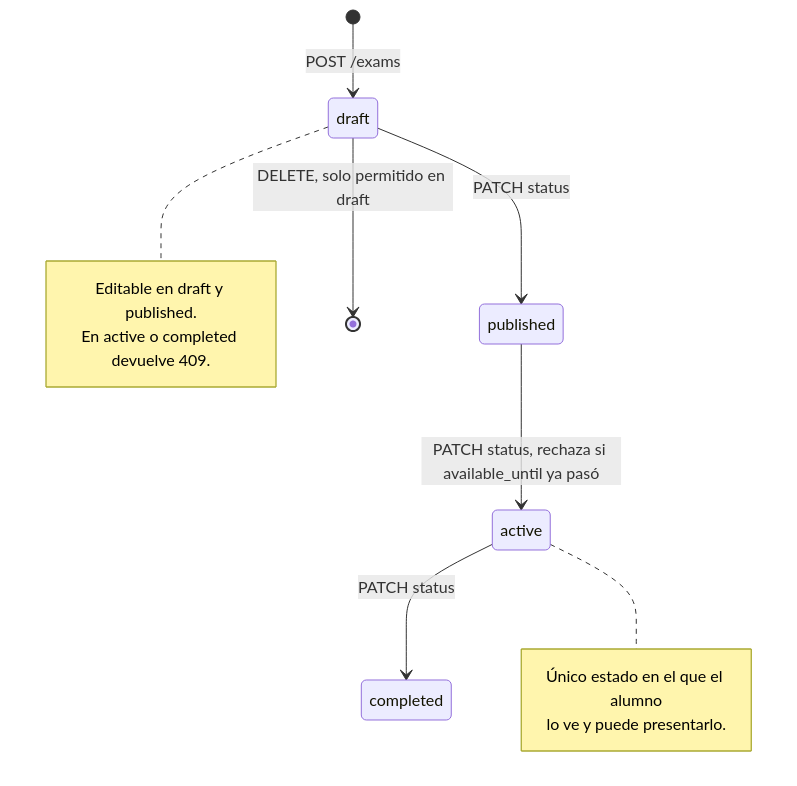
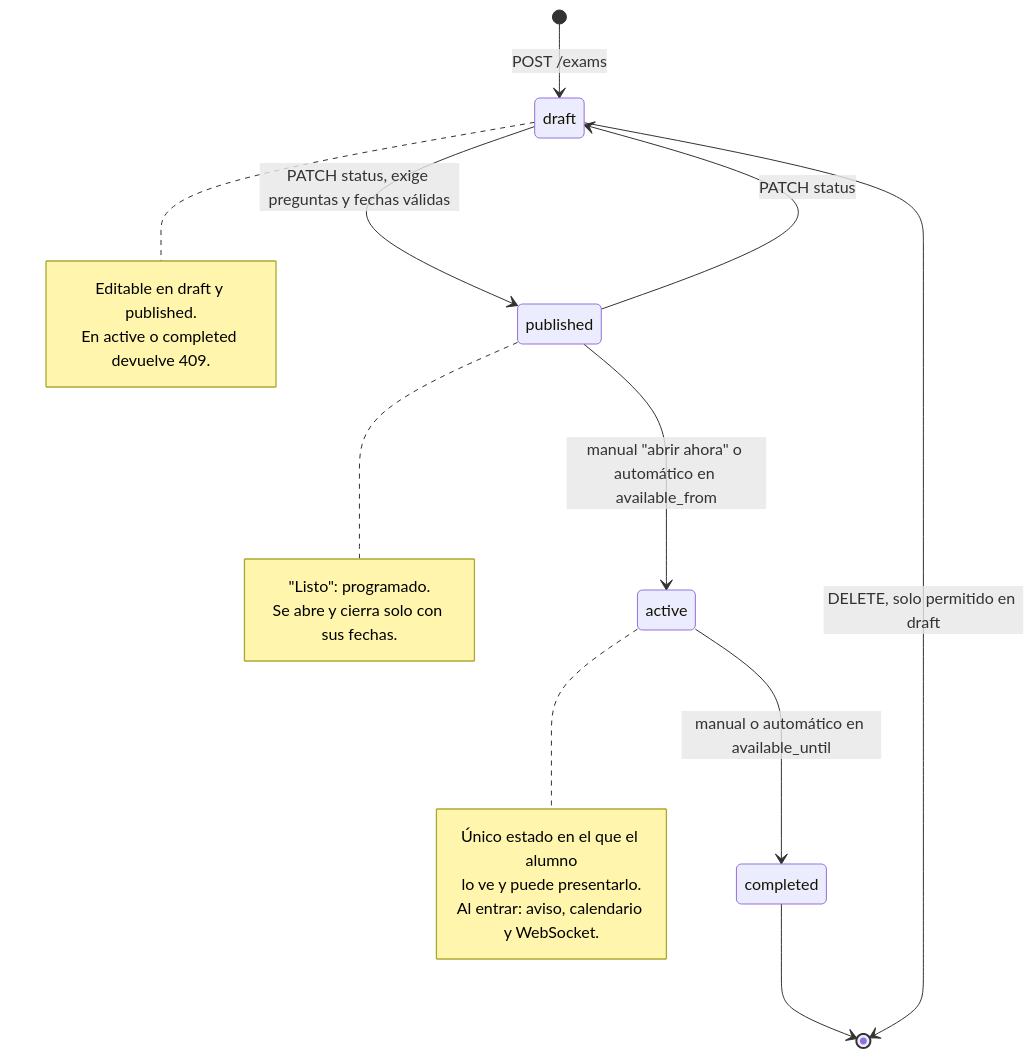
Diagram 12 of 19 in docs/DIAGRAMAS.md (Infil505/NeoEduCore-Back), drawn with Mermaid before and after one commit. The commit also changed other lines of this file and 25 other files, not shown here.

````diff
--- a/docs/DIAGRAMAS.md
+++ b/docs/DIAGRAMAS.md
@@ -865,17 +967,24 @@
 ```mermaid
 stateDiagram-v2
     [*] --> draft : POST /exams
-    draft --> published : PATCH status
-    published --> active : PATCH status, rechaza si available_until ya pasó
-    active --> completed : PATCH status
+    draft --> published : PATCH status, exige preguntas y fechas válidas
+    published --> draft : PATCH status
+    published --> active : manual "abrir ahora" o automático en available_from
+    active --> completed : manual o automático en available_until
+    completed --> [*]
     draft --> [*] : DELETE, solo permitido en draft
 
     note right of draft
         Editable en draft y published.
         En active o completed devuelve 409.
     end note
+    note right of published
+        "Listo": programado.
+        Se abre y cierra solo con sus fechas.
+    end note
     note right of active
         Único estado en el que el alumno
         lo ve y puede presentarlo.
+        Al entrar: aviso, calendario y WebSocket.
     end note
 ```
````
